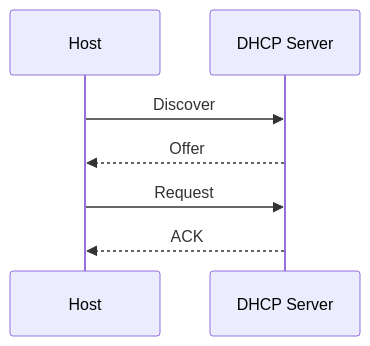
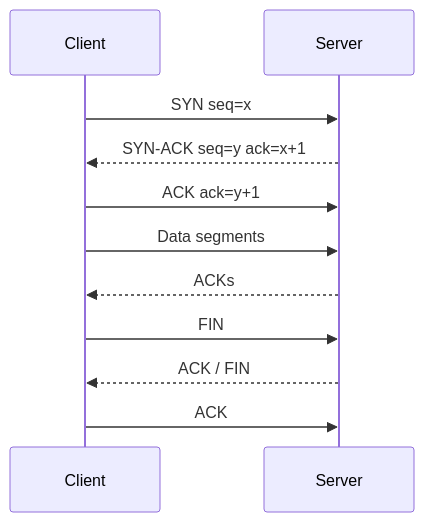
Diagram 17 of 36 in learning/11-protocols-reference.md (omnayak27199/pktana), drawn with Mermaid before and after one commit. The commit also changed other lines of this file and 14 other files, not shown here.

````diff
--- a/learning/11-protocols-reference.md
+++ b/learning/11-protocols-reference.md
@@ -253,9 +1110,13 @@
 ```mermaid
 sequenceDiagram
-  participant H as Host
-  participant S as DHCP Server
-  H->>S: Discover
-  S-->>H: Offer
-  H->>S: Request
-  S-->>H: ACK
+  participant C as Client
+  participant S as Server
+  C->>S: SYN seq=x
+  S-->>C: SYN-ACK seq=y ack=x+1
+  C->>S: ACK ack=y+1
+  C->>S: Data segments
+  S-->>C: ACKs
+  C->>S: FIN
+  S-->>C: ACK / FIN
+  C->>S: ACK
 ```
````
